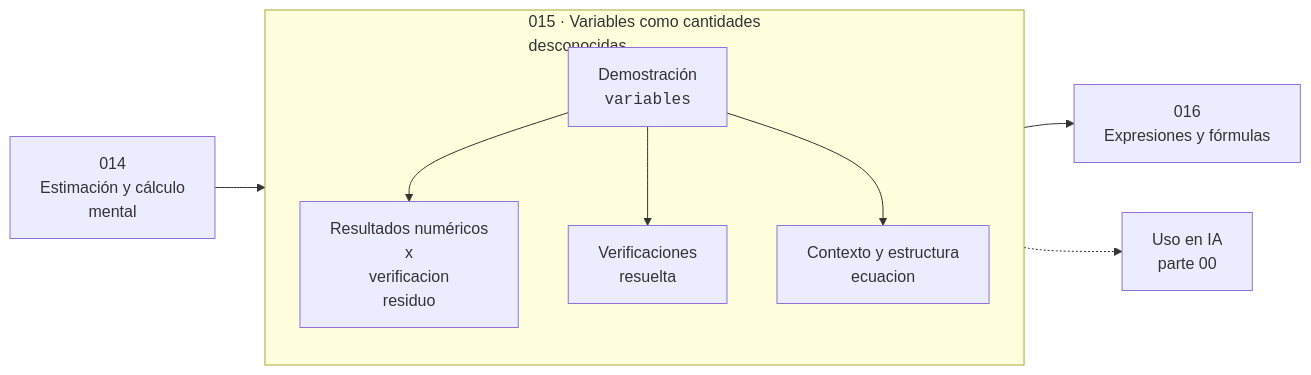
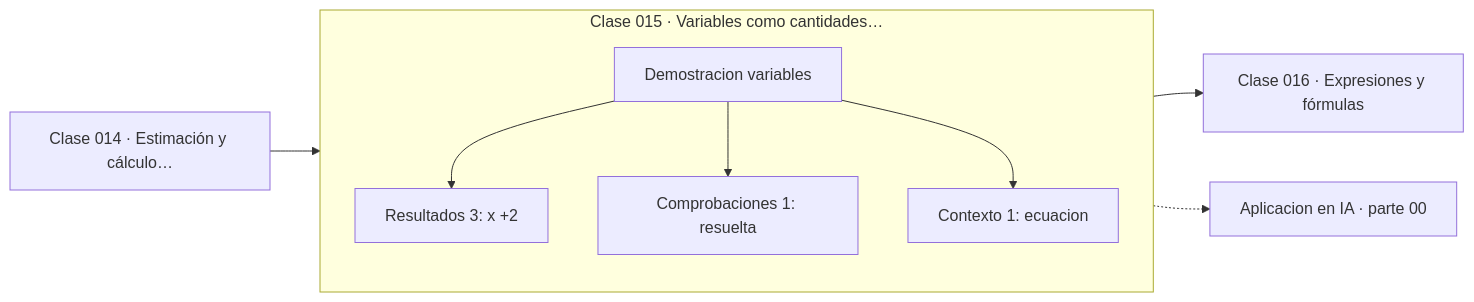
Before and after one commit to vladimiracunadev-create/computational-mathematics-program: the diagram in classes/part-00-pensamiento-matematico-desde-cero/015-variables-como-cantidades-desconocidas/README.md, drawn with Mermaid. The commit also changed 389 other files, not shown here.

First line of the commit message:
fix(diagramas): elimina el HTML de las etiquetas Mermaid

````diff
--- a/classes/part-00-pensamiento-matematico-desde-cero/015-variables-como-cantidades-desconocidas/README.md
+++ b/classes/part-00-pensamiento-matematico-desde-cero/015-variables-como-cantidades-desconocidas/README.md
@@ -35,12 +35,13 @@
 ```mermaid
 flowchart LR
-    P["014<br/>Estimación y cálculo<br/>mental"] --> C
-    subgraph C["015 · Variables como cantidades<br/>desconocidas"]
+    P["Clase 014 · Estimación y cálculo…"] --> D
+    subgraph CLASE["Clase 015 · Variables como cantidades…"]
         direction TB
-        D["Demostración<br/><code>variables</code>"] --> R["Resultados numéricos<br/>x<br/>verificacion<br/>residuo"]
-        D --> V["Verificaciones<br/>resuelta"]
-        D --> O["Contexto y estructura<br/>ecuacion"]
+        D["Demostracion variables"]
+        D --> R["Resultados 3: x +2"]
+        D --> V["Comprobaciones 1: resuelta"]
+        D --> O["Contexto 1: ecuacion"]
     end
-    C --> N["016<br/>Expresiones y fórmulas"]
-    C -.-> IA["Uso en IA<br/>parte 00"]
+    R --> N["Clase 016 · Expresiones y fórmulas"]
+    V -.-> IA["Aplicacion en IA · parte 00"]
 ```
````
